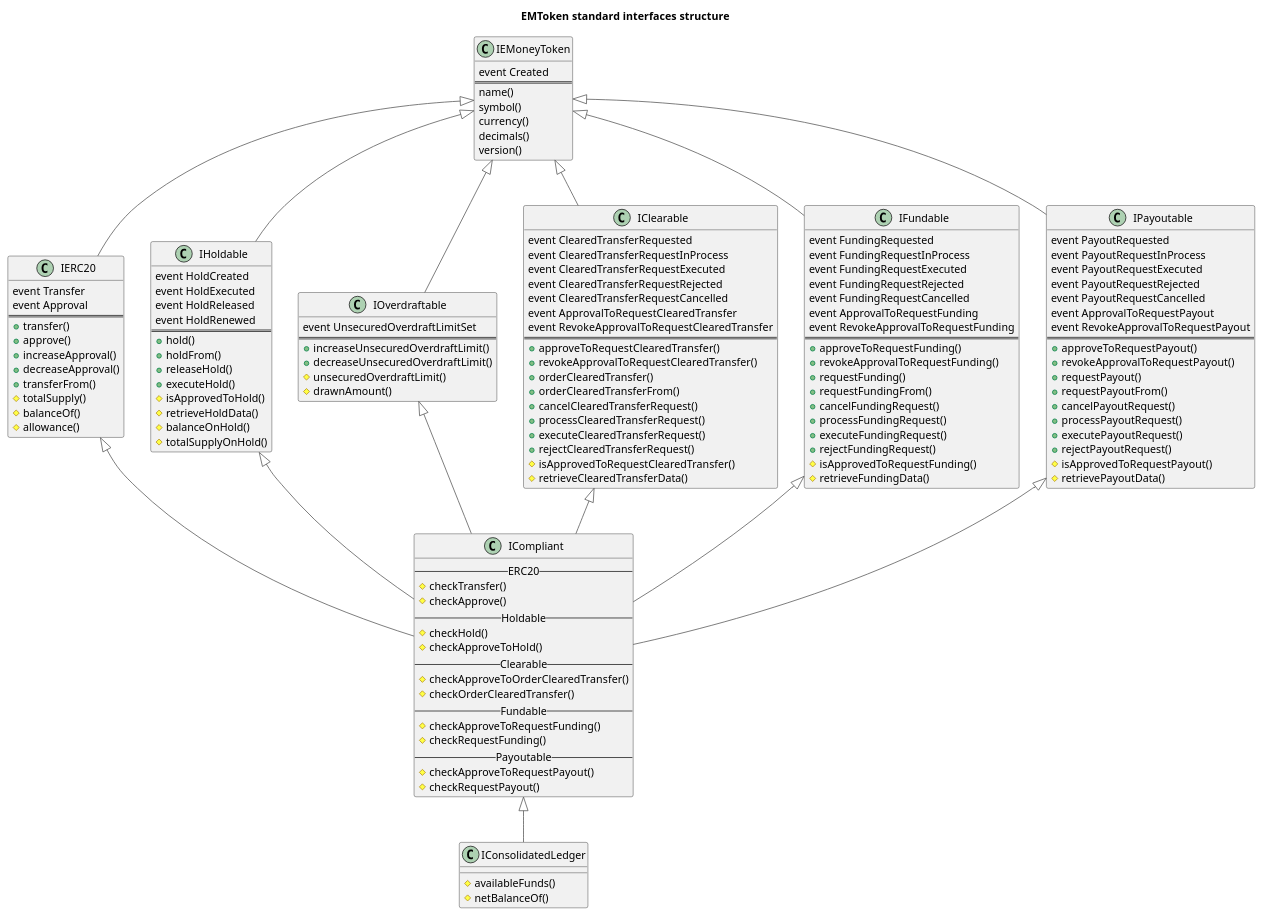
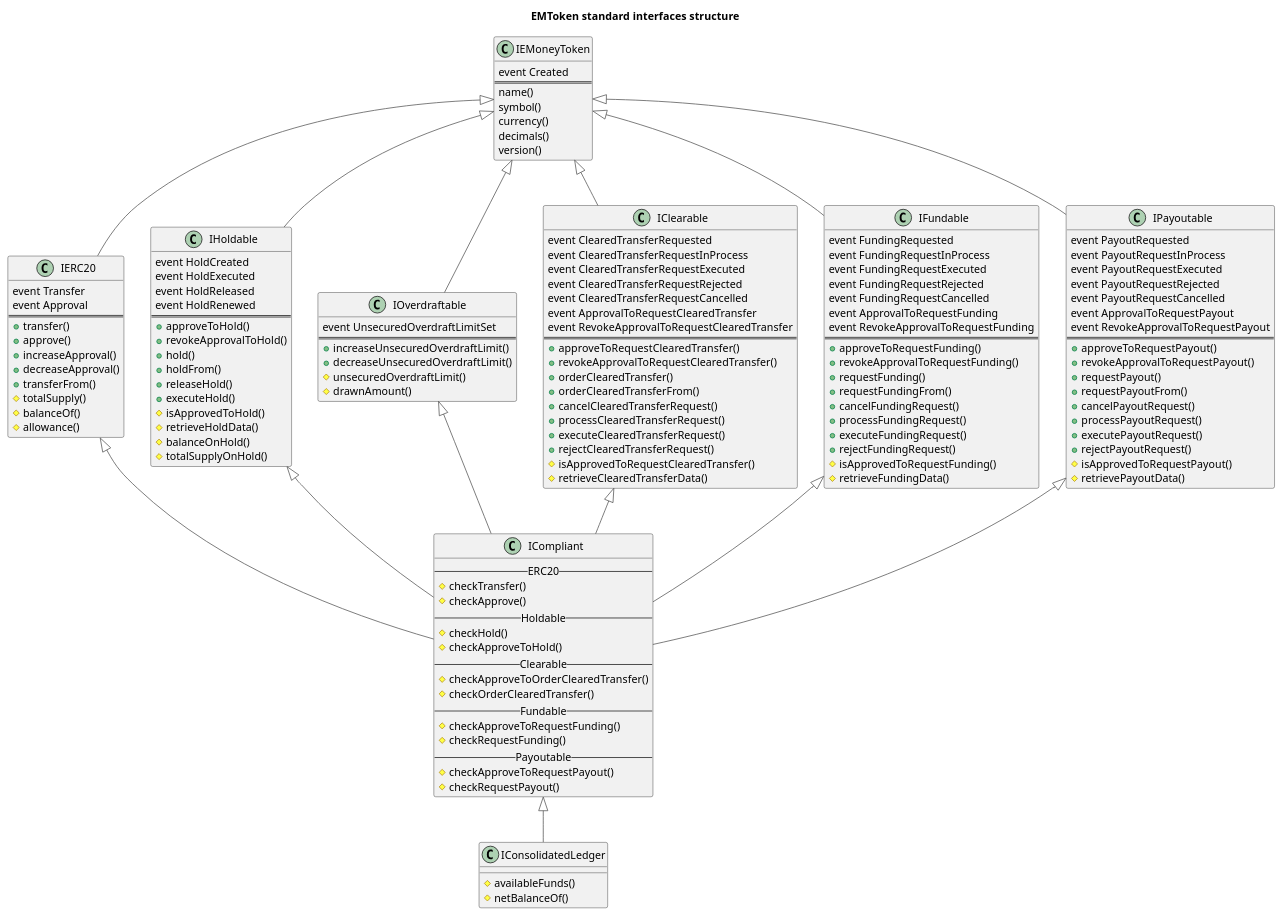
The diagram in diagrams/standard_structure.puml (natiboston/EM-Token), drawn with PlantUML before and after one commit. The commit also changed 3 other files, not shown here.

```diff
--- a/diagrams/standard_structure.puml
+++ b/diagrams/standard_structure.puml
@@ -1,177 +1,179 @@
 @startuml
 title EMToken standard interfaces structure
 hide footbox
 
 skinparam {
   ActorBorderColor #555555
   ParticipantBorderColor #555555
   BoundaryBorderColor #555555
   ArrowColor #555555
   SequenceLifeLineBorderColor #555555
   SequenceBoxBorderColor #FFFFFF
   NoteBorderColor #555555
   NoteBackgroundColor #DDDDDD
 }
 
 'class XXX{
     '{field}event FundingRequested
     '==
     '{method}\t// User callable functions:
     '{method}+requestFunding(uint256 amount, string instructions)
     '--
     '{method}\t// Owner functions (onlyOwner, to respond to user requests):
     '{method}#executeFundingRequest(uint256 fundingId)
 '}
 
 class IEMoneyToken {
   {field}event Created
   ==
   {method}name()
   {method}symbol()
   {method}currency()
   {method}decimals()
   {method}version()
 }
 
 class IERC20 {
   {field}event Transfer
   {field}event Approval
   ==
   {method}+transfer()
   {method}+approve()
   {method}+increaseApproval()
   {method}+decreaseApproval()
   {method}+transferFrom()
   {method}#totalSupply()
   {method}#balanceOf()
   {method}#allowance()
 }
 
 class IHoldable {
   {field}event HoldCreated
   {field}event HoldExecuted
   {field}event HoldReleased
   {field}event HoldRenewed
   ==
+  {method}+approveToHold()
+  {method}+revokeApprovalToHold()
   {method}+hold()
   {method}+holdFrom()
   {method}+releaseHold()
   {method}+executeHold()
   {method}#isApprovedToHold()
   {method}#retrieveHoldData()
   {method}#balanceOnHold()
   {method}#totalSupplyOnHold()
 }
 
 class IOverdraftable {
   {field}event UnsecuredOverdraftLimitSet
   ==
   {method}+increaseUnsecuredOverdraftLimit()
   {method}+decreaseUnsecuredOverdraftLimit()
   {method}#unsecuredOverdraftLimit()
   {method}#drawnAmount()
 }
 
 class IClearable {
   {field}event ClearedTransferRequested
   {field}event ClearedTransferRequestInProcess
   {field}event ClearedTransferRequestExecuted
   {field}event ClearedTransferRequestRejected
   {field}event ClearedTransferRequestCancelled
   {field}event ApprovalToRequestClearedTransfer
   {field}event RevokeApprovalToRequestClearedTransfer
   ==
   {method}+approveToRequestClearedTransfer()
   {method}+revokeApprovalToRequestClearedTransfer()
   {method}+orderClearedTransfer()
   {method}+orderClearedTransferFrom()
   {method}+cancelClearedTransferRequest()
   {method}+processClearedTransferRequest()
   {method}+executeClearedTransferRequest()
   {method}+rejectClearedTransferRequest()
   {method}#isApprovedToRequestClearedTransfer()
   {method}#retrieveClearedTransferData()
 }
 
 class IFundable {
   {field}event FundingRequested
   {field}event FundingRequestInProcess
   {field}event FundingRequestExecuted
   {field}event FundingRequestRejected
   {field}event FundingRequestCancelled
   {field}event ApprovalToRequestFunding
   {field}event RevokeApprovalToRequestFunding
   ==
   {method}+approveToRequestFunding()
   {method}+revokeApprovalToRequestFunding()
   {method}+requestFunding()
   {method}+requestFundingFrom()
   {method}+cancelFundingRequest()
   {method}+processFundingRequest()
   {method}+executeFundingRequest()
   {method}+rejectFundingRequest()
   {method}#isApprovedToRequestFunding()
   {method}#retrieveFundingData()
 }
 
 class IPayoutable {
   {field}event PayoutRequested
   {field}event PayoutRequestInProcess
   {field}event PayoutRequestExecuted
   {field}event PayoutRequestRejected
   {field}event PayoutRequestCancelled
   {field}event ApprovalToRequestPayout
   {field}event RevokeApprovalToRequestPayout
   ==
   {method}+approveToRequestPayout()
   {method}+revokeApprovalToRequestPayout()
   {method}+requestPayout()
   {method}+requestPayoutFrom()
   {method}+cancelPayoutRequest()
   {method}+processPayoutRequest()
   {method}+executePayoutRequest()
   {method}+rejectPayoutRequest()
   {method}#isApprovedToRequestPayout()
   {method}#retrievePayoutData()
 }
 
 class ICompliant {
   --ERC20--
   {method}#checkTransfer()
   {method}#checkApprove()
   --Holdable--
   {method}#checkHold()
   {method}#checkApproveToHold()
   --Clearable--
   {method}#checkApproveToOrderClearedTransfer()
   {method}#checkOrderClearedTransfer()
   --Fundable--
   {method}#checkApproveToRequestFunding()
   {method}#checkRequestFunding()
   --Payoutable--
   {method}#checkApproveToRequestPayout()
   {method}#checkRequestPayout()
 }
 
 class IConsolidatedLedger {
   {method}#availableFunds()
   {method}#netBalanceOf()
 }
 
 IEMoneyToken <|-- IERC20
 IEMoneyToken <|-- IHoldable
 IEMoneyToken <|-- IOverdraftable
 IEMoneyToken <|-- IClearable
 IEMoneyToken <|-- IFundable
 IEMoneyToken <|-- IPayoutable
 
 IERC20 <|-- ICompliant
 IHoldable <|-- ICompliant
 IOverdraftable <|-- ICompliant
 IClearable <|-- ICompliant
 IFundable <|-- ICompliant
 IPayoutable <|-- ICompliant
 
 ICompliant <|-- IConsolidatedLedger
 
 @enduml
```
